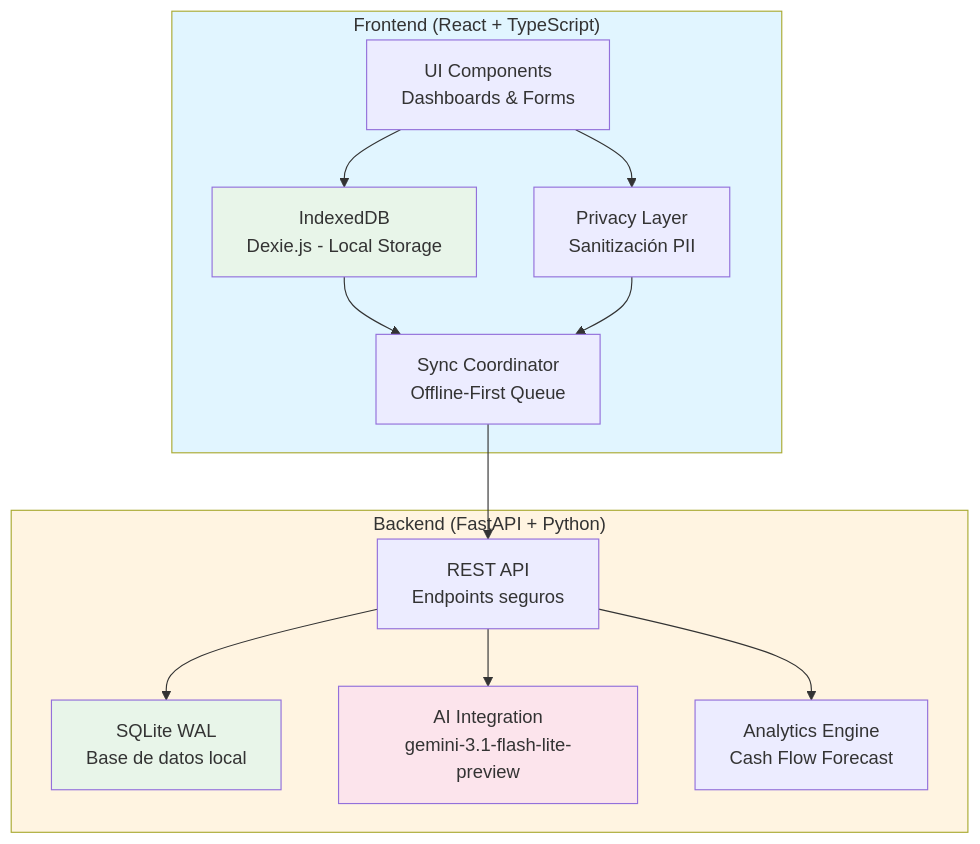
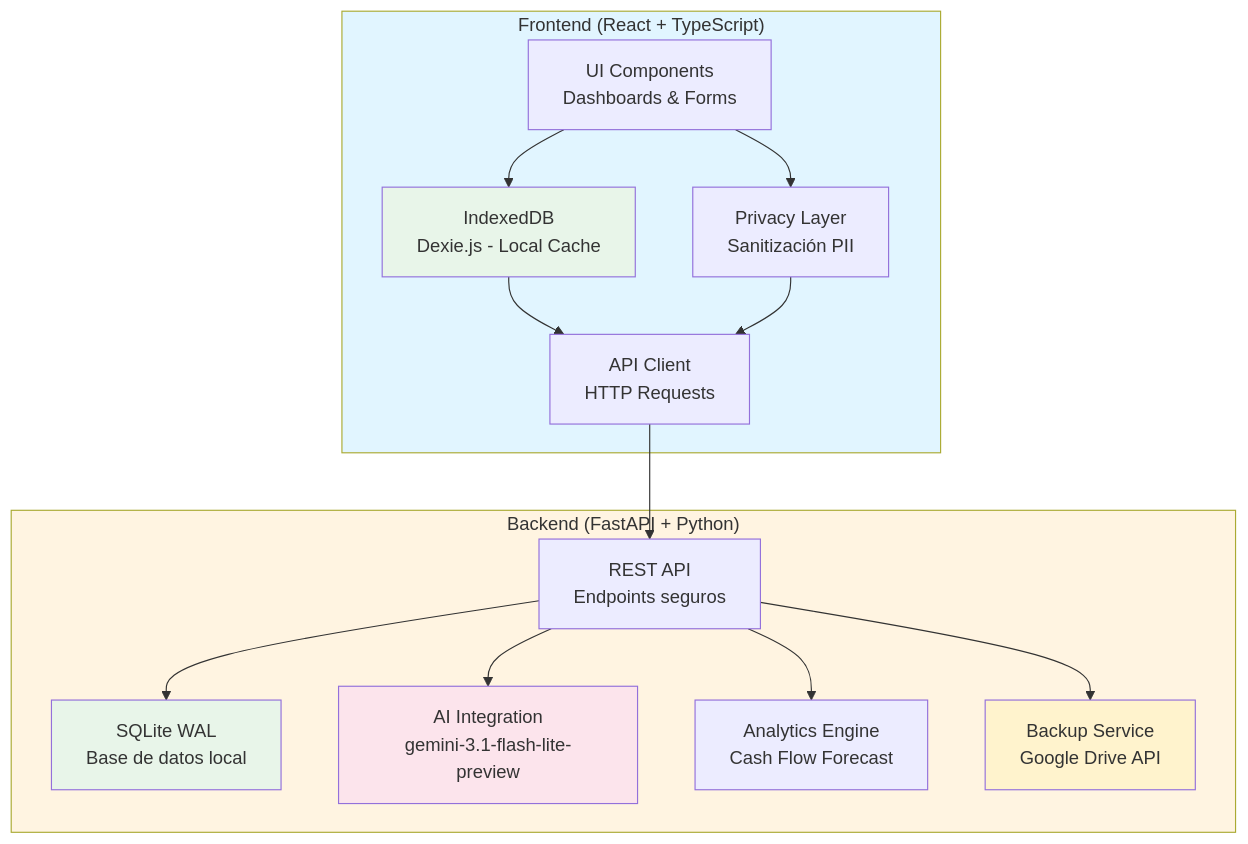
The third of 3 diagrams in README.md (Alanjavier22/Tabula-Rasa), drawn with Mermaid before and after one commit. The commit also changed other lines of this file, not shown here.

First line of the commit message:
Actualización de README: Reflejo de nueva arquitectura sin sync system

````diff
--- a/README.md
+++ b/README.md
@@ -183,31 +189,34 @@
 ```mermaid
 flowchart TB
     subgraph Frontend["Frontend (React + TypeScript)"]
         A[UI Components<br/>Dashboards & Forms]
-        B[IndexedDB<br/>Dexie.js - Local Storage]
+        B[IndexedDB<br/>Dexie.js - Local Cache]
         C[Privacy Layer<br/>Sanitización PII]
-        D[Sync Coordinator<br/>Offline-First Queue]
+        D[API Client<br/>HTTP Requests]
     end
 
     subgraph Backend["Backend (FastAPI + Python)"]
         E[REST API<br/>Endpoints seguros]
         F[SQLite WAL<br/>Base de datos local]
         G[AI Integration<br/>gemini-3.1-flash-lite-preview]
         H[Analytics Engine<br/>Cash Flow Forecast]
+        I[Backup Service<br/>Google Drive API]
     end
 
     A --> B
     A --> C
     B --> D
     C --> D
     D --> E
     E --> F
     E --> G
     E --> H
+    E --> I
 
     style Frontend fill:#e1f5ff
     style Backend fill:#fff4e1
     style B fill:#e8f5e9
     style F fill:#e8f5e9
     style G fill:#fce4ec
+    style I fill:#fff3cd
 ```
````
